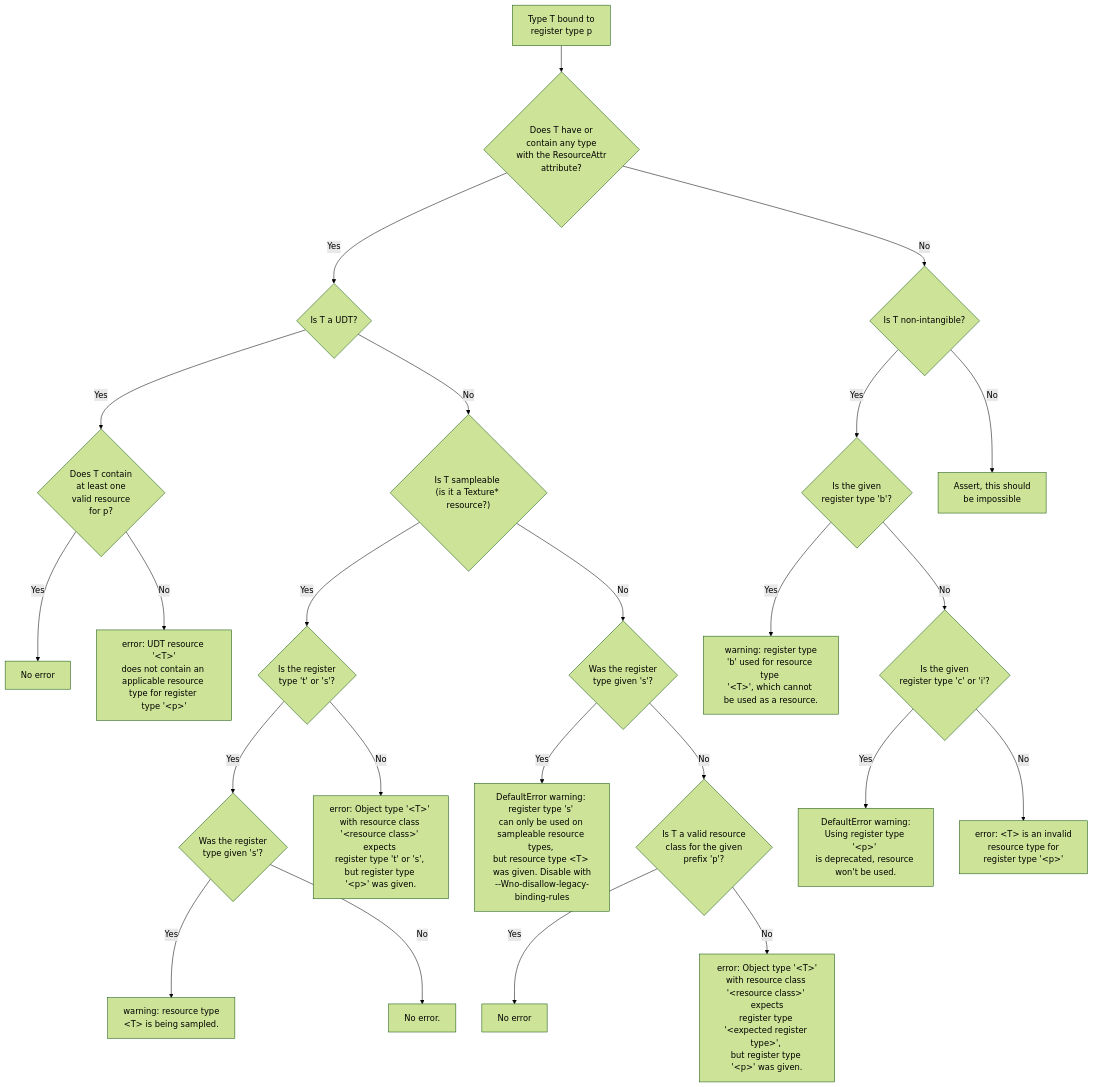
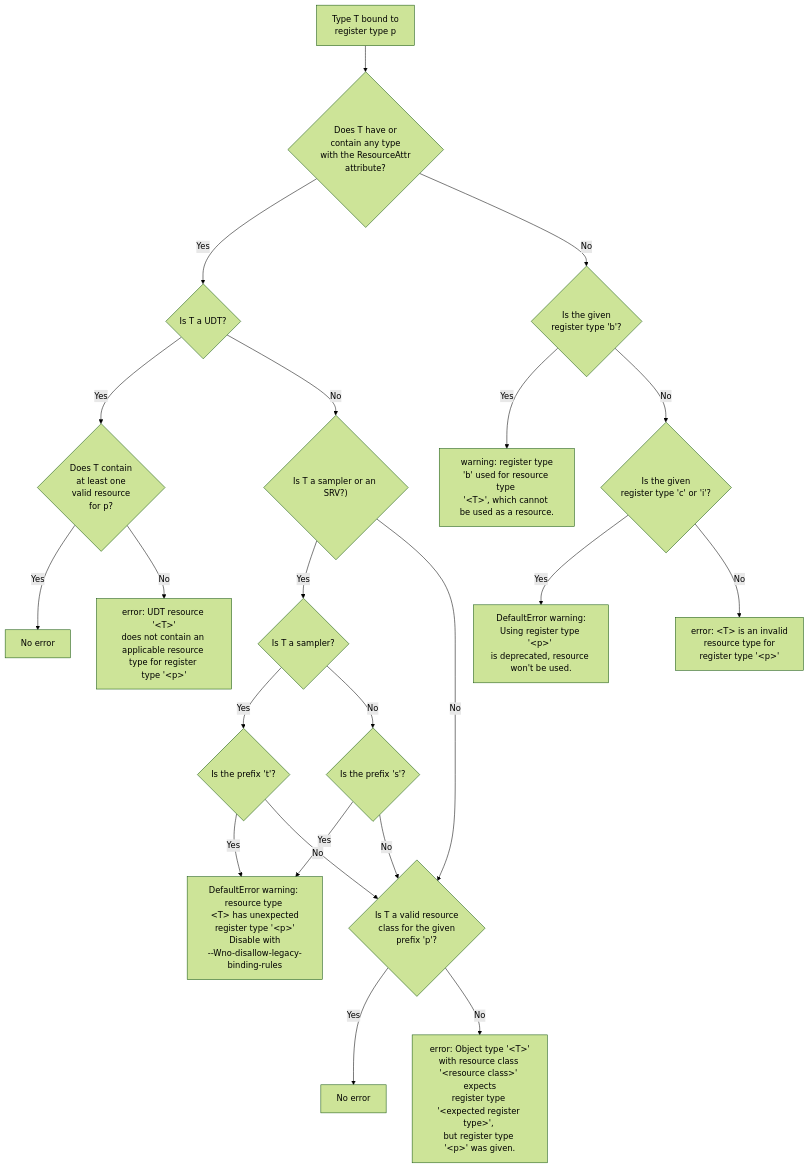
The diagram in proposals/infra/INF-0004-register-types-and-diagnostics.md (microsoft/hlsl-specs), drawn with Mermaid (forest theme) before and after one commit. The commit also changed other lines of this file, not shown here.

Commit message:
remove non-intangible phrasing, try and simplify diagram

````diff
--- a/proposals/infra/INF-0004-register-types-and-diagnostics.md
+++ b/proposals/infra/INF-0004-register-types-and-diagnostics.md
@@ -182,72 +185,58 @@
 ```mermaid
 flowchart TD
 A[Type T bound to 
 register type p] --> B{Does T have or 
 contain any type
 with the ResourceAttr
 attribute?}
 B -- Yes -->C{Is T a UDT?}
-B -- No --> M{Is T non-intangible?}
+B -- No --> N{Is the given 
+register type 'b'?}
 C -- Yes -->D{Does T contain
 at least one 
 valid resource 
 for p?}
-C -- No -->G{"Is T sampleable 
-(is it a Texture* resource?)"}
+C -- No -->G{"Is T a sampler or an SRV?)"}
 D -- Yes -->E[No error]
 D -- No -->F[error: UDT resource '&ltT&gt'
 does not contain an 
 applicable resource 
 type for register 
 type '&ltp&gt']
-G -- Yes -->H{Is the register 
-type 't' or 's'?}
-G -- No --> I{Was the register 
-type given 's'?}
-H -- Yes -->L{Was the register 
-type given 's'?}
-H -- No --> J[error: Object type '&ltT&gt' 
-with resource class 
-'&ltresource class&gt' expects 
-register type 't' or 's', 
-but register type 
-'&ltp&gt' was given.]
-I -- Yes --> V[DefaultError warning: 
-register type 's' 
-can only be used on 
-sampleable resource types, 
-but resource type &ltT&gt 
-was given. Disable with
---Wno-disallow-legacy-binding-rules]
-I -- No -->K{Is T a valid resource
+G -- Yes -->H{Is T a sampler?}
+G -- No --> K{Is T a valid resource
 class for the given
 prefix 'p'?}
+H -- Yes -->L{Is the prefix 't'?}
+H -- No --> J{Is the prefix 's'?}
+J -- Yes --> O
+J -- No --> K 
 K -- Yes -->Q[No error]
 K -- No --> R[error: Object type '&ltT&gt'
 with resource class 
 '&ltresource class&gt' expects
 register type 
 '&ltexpected register type&gt', 
 but register type 
 '&ltp&gt' was given.]
-L -- Yes -->O[warning: resource type 
-&ltT> is being sampled.]
-L -- No -->P[No error.]
-M -- Yes -->N{Is the given 
-register type 'b'?}
-M -- No --> S[Assert, this should 
-be impossible]
+L -- Yes -->O[DefaultError warning: 
+resource type 
+&ltT&gt has unexpected
+register type '&ltp&gt'
+Disable with
+--Wno-disallow-legacy-binding-rules]
+L -- No -->K
 N -- Yes -->T[warning: register type
 'b' used for resource type 
 '&ltT&gt', which cannot 
 be used as a resource.]
 N -- No -->U{Is the given
 register type 'c' or 'i'?}
 U -- Yes --> W[DefaultError warning:
 Using register type '&ltp&gt' 
 is deprecated, resource 
 won't be used.]
 U -- No -->X[error: &ltT&gt is an invalid 
 resource type for 
 register type '&ltp&gt']
 ```
````
